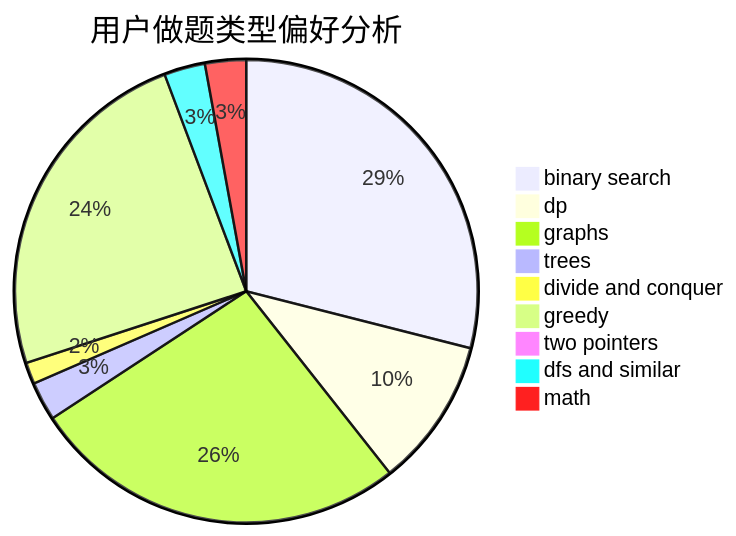
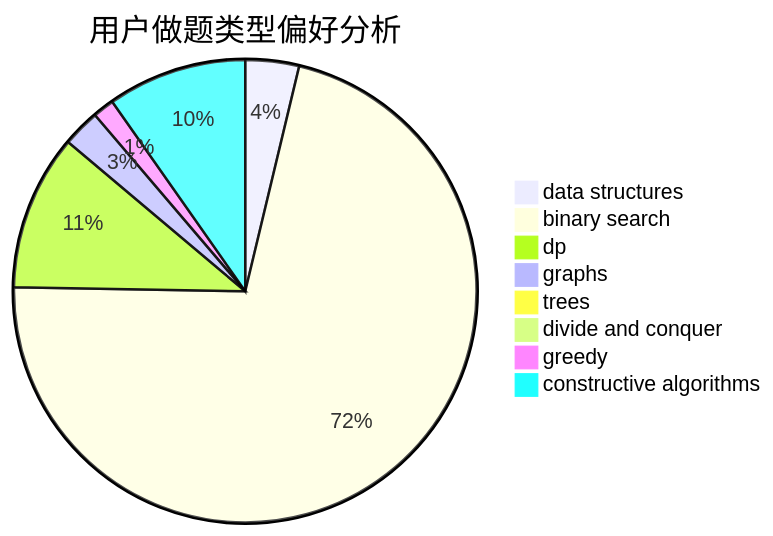
The second of 3 diagrams in docs/user/u1616.md (sherpahu/cfrs.github.io), drawn with Mermaid before and after one commit. The commit also changed other lines of this file and 2775 other files, not shown here.

````diff
--- a/docs/user/u1616.md
+++ b/docs/user/u1616.md
@@ -23,12 +23,11 @@
 ```mermaid
 pie title 用户做题类型偏好分析
-    "binary search" :  192
-    "dp" :  69
-    "graphs" :  175
-    "trees" :  18
-    "divide and conquer" :  10
-    "greedy" :  161
-    "two pointers" :  1
-    "dfs and similar" :  19
-    "math" :  19
+    "data structures" :  10
+    "binary search" :  191
+    "dp" :  29
+    "graphs" :  7
+    "trees" :  0
+    "divide and conquer" :  0
+    "greedy" :  4
+    "constructive algorithms" :  26
 ```
````
